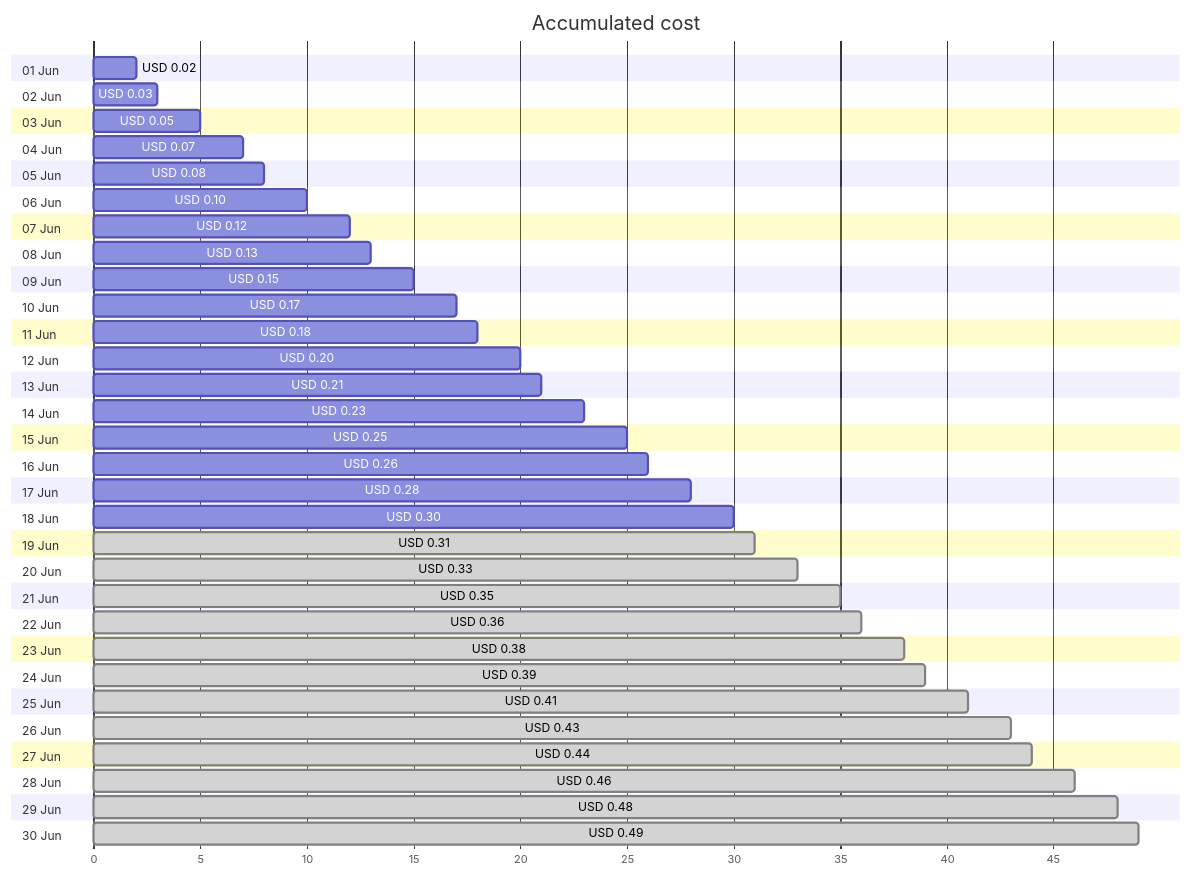
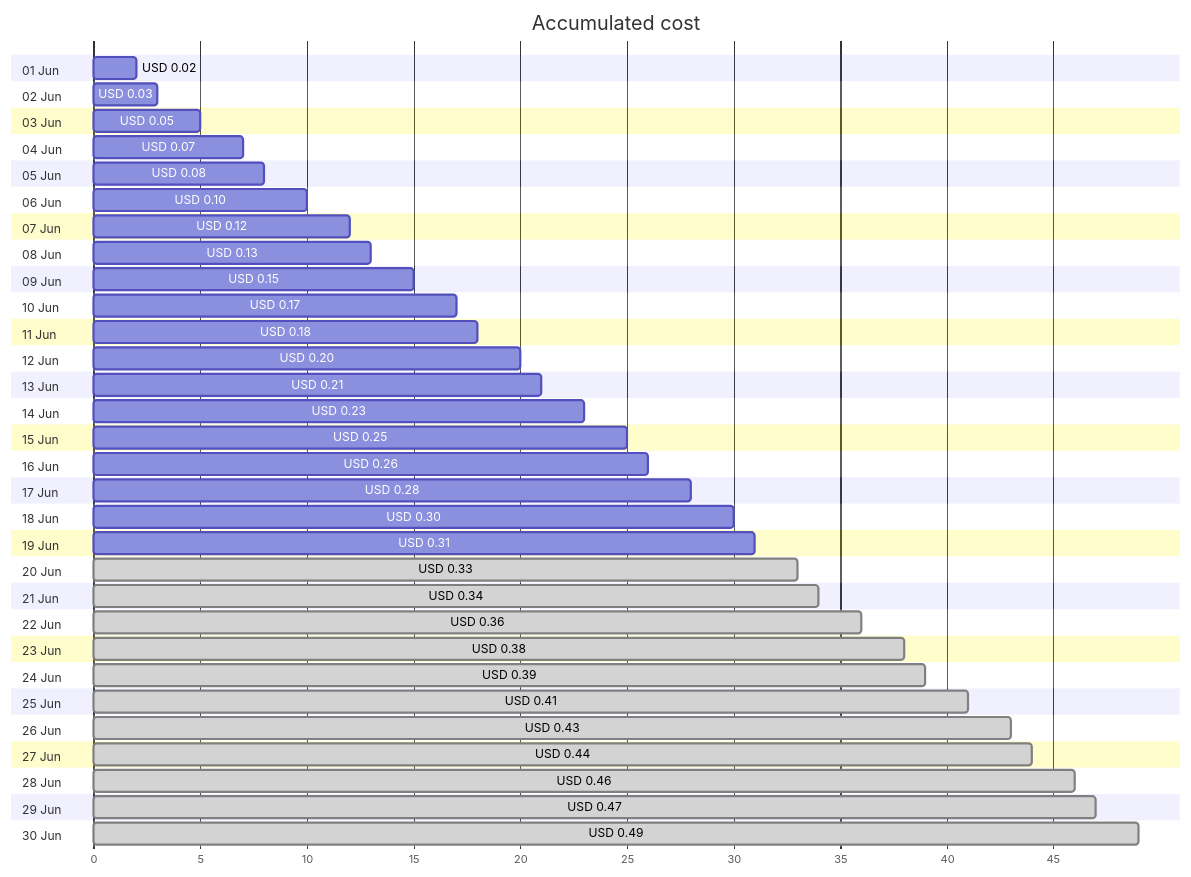
One commit to jpfulton/azure-personal-reports changed the first of 4 diagrams in cost-reports/personal-dns/jpatrickfulton.dev.md. Above: the diagram before and after it, drawn with Mermaid. The commit also changed other lines of this file and 2 other files, not shown here.

````diff
--- a/cost-reports/personal-dns/jpatrickfulton.dev.md
+++ b/cost-reports/personal-dns/jpatrickfulton.dev.md
@@ -20,66 +20,66 @@
 ```mermaid
 gantt
    title Accumulated cost
    dateFormat  X
    axisFormat %s
    section 01 Jun
    USD 0.02 :0, 2
    section 02 Jun
    USD 0.03 :0, 3
    section 03 Jun
    USD 0.05 :0, 5
    section 04 Jun
    USD 0.07 :0, 7
    section 05 Jun
    USD 0.08 :0, 8
    section 06 Jun
    USD 0.10 :0, 10
    section 07 Jun
    USD 0.12 :0, 12
    section 08 Jun
    USD 0.13 :0, 13
    section 09 Jun
    USD 0.15 :0, 15
    section 10 Jun
    USD 0.17 :0, 17
    section 11 Jun
    USD 0.18 :0, 18
    section 12 Jun
    USD 0.20 :0, 20
    section 13 Jun
    USD 0.21 :0, 21
    section 14 Jun
    USD 0.23 :0, 23
    section 15 Jun
    USD 0.25 :0, 25
    section 16 Jun
    USD 0.26 :0, 26
    section 17 Jun
    USD 0.28 :0, 28
    section 18 Jun
    USD 0.30 :0, 30
    section 19 Jun
-   USD 0.31 : done, 0, 31
+   USD 0.31 :0, 31
    section 20 Jun
    USD 0.33 : done, 0, 33
    section 21 Jun
-   USD 0.35 : done, 0, 35
+   USD 0.34 : done, 0, 34
    section 22 Jun
    USD 0.36 : done, 0, 36
    section 23 Jun
    USD 0.38 : done, 0, 38
    section 24 Jun
    USD 0.39 : done, 0, 39
    section 25 Jun
    USD 0.41 : done, 0, 41
    section 26 Jun
    USD 0.43 : done, 0, 43
    section 27 Jun
    USD 0.44 : done, 0, 44
    section 28 Jun
    USD 0.46 : done, 0, 46
    section 29 Jun
-   USD 0.48 : done, 0, 48
+   USD 0.47 : done, 0, 47
    section 30 Jun
    USD 0.49 : done, 0, 49
 ```
````
